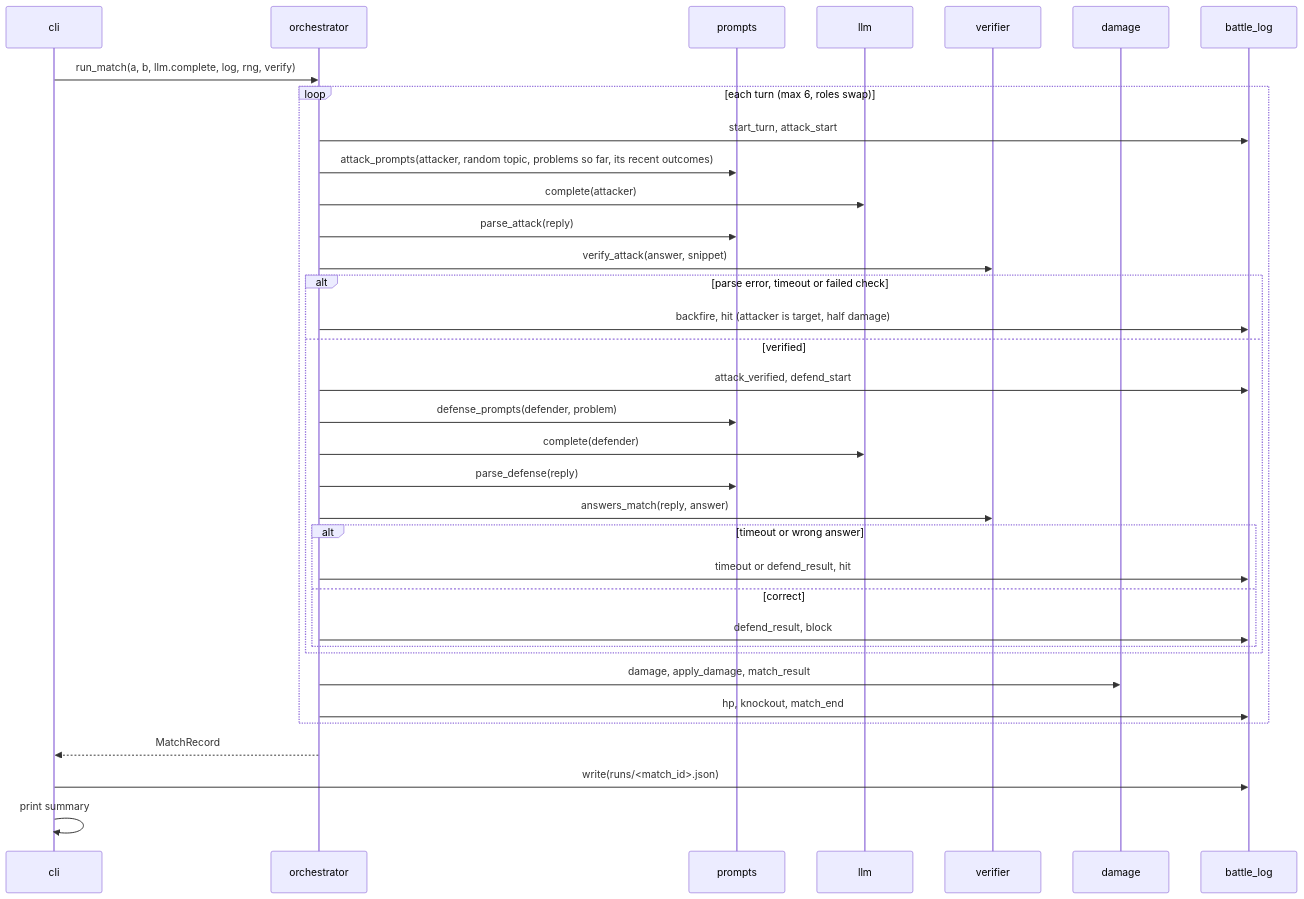
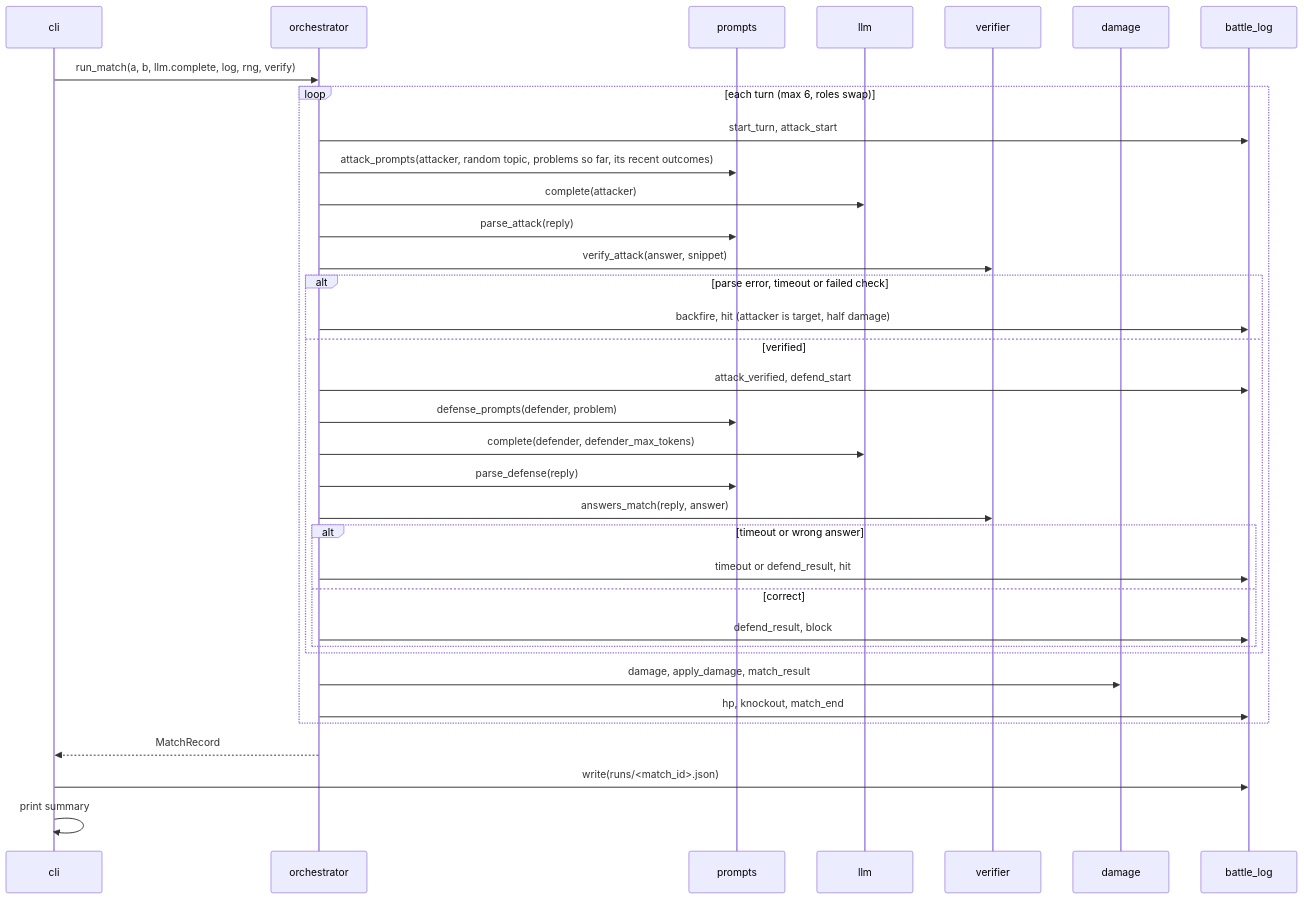
Before and after one commit to aum2606/agent-arena: the diagram in docs/FLOW.md, drawn with Mermaid. The commit also changed 10 other files, not shown here.

````diff
--- a/docs/FLOW.md
+++ b/docs/FLOW.md
@@ -3,38 +3,38 @@
 ```mermaid
 sequenceDiagram
     participant C as cli
     participant O as orchestrator
     participant P as prompts
     participant L as llm
     participant V as verifier
     participant D as damage
     participant G as battle_log
 
     C->>O: run_match(a, b, llm.complete, log, rng, verify)
     loop each turn (max 6, roles swap)
         O->>G: start_turn, attack_start
         O->>P: attack_prompts(attacker, random topic, problems so far, its recent outcomes)
         O->>L: complete(attacker)
         O->>P: parse_attack(reply)
         O->>V: verify_attack(answer, snippet)
         alt parse error, timeout or failed check
             O->>G: backfire, hit (attacker is target, half damage)
         else verified
             O->>G: attack_verified, defend_start
             O->>P: defense_prompts(defender, problem)
-            O->>L: complete(defender)
+            O->>L: complete(defender, defender_max_tokens)
             O->>P: parse_defense(reply)
             O->>V: answers_match(reply, answer)
             alt timeout or wrong answer
                 O->>G: timeout or defend_result, hit
             else correct
                 O->>G: defend_result, block
             end
         end
         O->>D: damage, apply_damage, match_result
         O->>G: hp, knockout, match_end
     end
     O-->>C: MatchRecord
     C->>G: write(runs/<match_id>.json)
     C->>C: print summary
 ```
````
